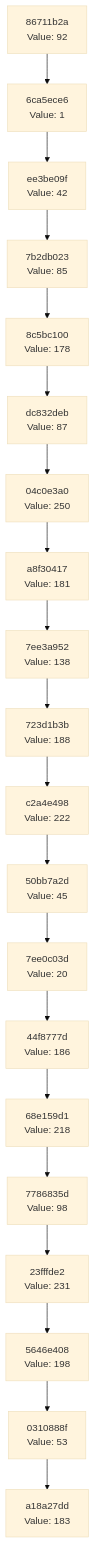
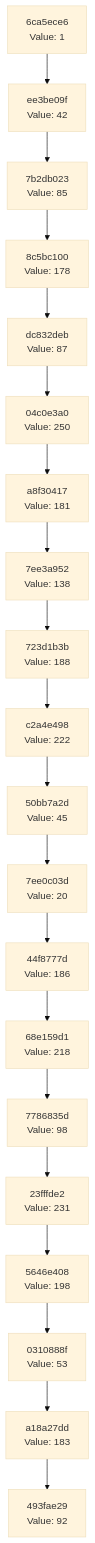
One commit to Abhisheksinha1506/hash-chain-evolver changed the diagram in docs/CHAIN_VISUALIZATION.md. Above: the diagram before and after it, drawn with Mermaid (base theme). The commit also changed 3 other files, not shown here.

````diff
--- a/docs/CHAIN_VISUALIZATION.md
+++ b/docs/CHAIN_VISUALIZATION.md
@@ -3,42 +3,42 @@
 ```mermaid
 graph TD
-    C0["a18a27dd<br/>Value: 183"]
-    C1["0310888f<br/>Value: 53"]
+    C0["493fae29<br/>Value: 92"]
+    C1["a18a27dd<br/>Value: 183"]
     C1 --> C0
-    C2["5646e408<br/>Value: 198"]
+    C2["0310888f<br/>Value: 53"]
     C2 --> C1
-    C3["23fffde2<br/>Value: 231"]
+    C3["5646e408<br/>Value: 198"]
     C3 --> C2
-    C4["7786835d<br/>Value: 98"]
+    C4["23fffde2<br/>Value: 231"]
     C4 --> C3
-    C5["68e159d1<br/>Value: 218"]
+    C5["7786835d<br/>Value: 98"]
     C5 --> C4
-    C6["44f8777d<br/>Value: 186"]
+    C6["68e159d1<br/>Value: 218"]
     C6 --> C5
-    C7["7ee0c03d<br/>Value: 20"]
+    C7["44f8777d<br/>Value: 186"]
     C7 --> C6
-    C8["50bb7a2d<br/>Value: 45"]
+    C8["7ee0c03d<br/>Value: 20"]
     C8 --> C7
-    C9["c2a4e498<br/>Value: 222"]
+    C9["50bb7a2d<br/>Value: 45"]
     C9 --> C8
-    C10["723d1b3b<br/>Value: 188"]
+    C10["c2a4e498<br/>Value: 222"]
     C10 --> C9
-    C11["7ee3a952<br/>Value: 138"]
+    C11["723d1b3b<br/>Value: 188"]
     C11 --> C10
-    C12["a8f30417<br/>Value: 181"]
+    C12["7ee3a952<br/>Value: 138"]
     C12 --> C11
-    C13["04c0e3a0<br/>Value: 250"]
+    C13["a8f30417<br/>Value: 181"]
     C13 --> C12
-    C14["dc832deb<br/>Value: 87"]
+    C14["04c0e3a0<br/>Value: 250"]
     C14 --> C13
-    C15["8c5bc100<br/>Value: 178"]
+    C15["dc832deb<br/>Value: 87"]
     C15 --> C14
-    C16["7b2db023<br/>Value: 85"]
+    C16["8c5bc100<br/>Value: 178"]
     C16 --> C15
-    C17["ee3be09f<br/>Value: 42"]
+    C17["7b2db023<br/>Value: 85"]
     C17 --> C16
-    C18["6ca5ece6<br/>Value: 1"]
+    C18["ee3be09f<br/>Value: 42"]
     C18 --> C17
-    C19["86711b2a<br/>Value: 92"]
+    C19["6ca5ece6<br/>Value: 1"]
     C19 --> C18
 ```
````
